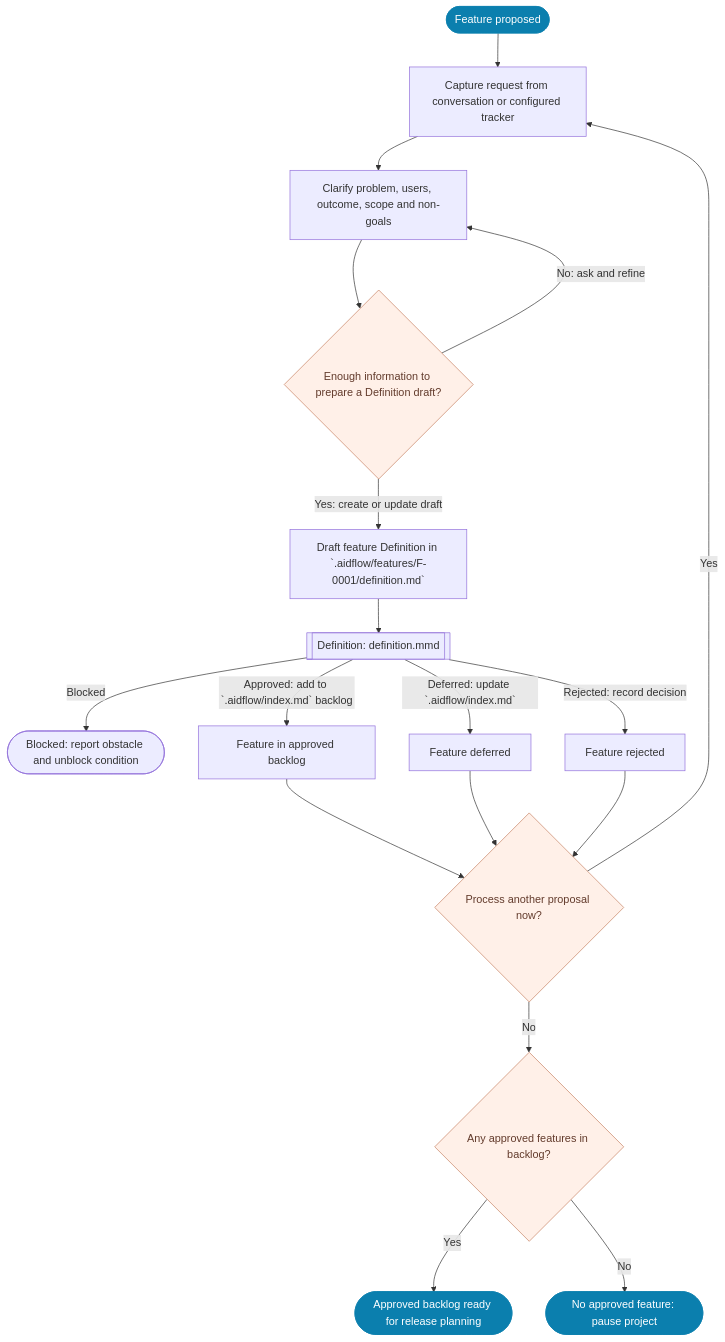
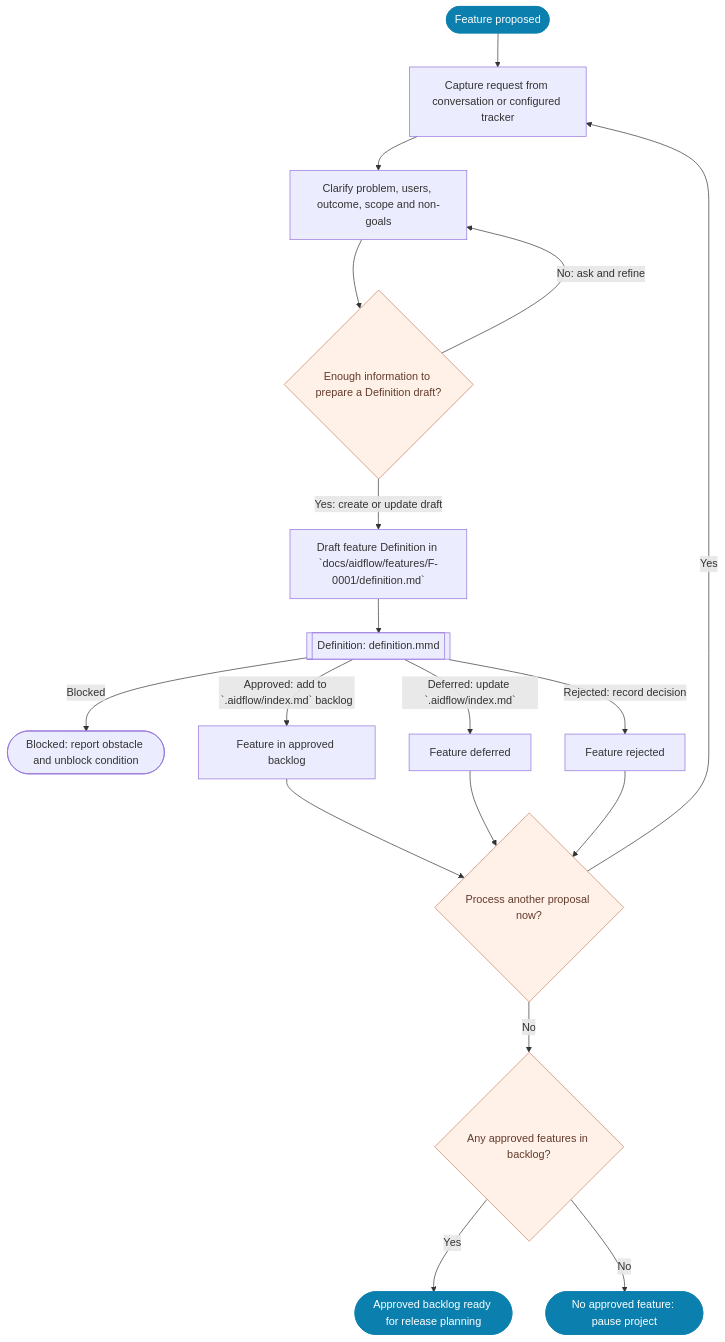
The diagram in flows/feature-intake.mmd (vanlangenlabs/aidflow), drawn with Mermaid before and after one commit. The commit also changed 14 other files, not shown here.

```diff
--- a/flows/feature-intake.mmd
+++ b/flows/feature-intake.mmd
@@ -1,43 +1,43 @@
 flowchart TD
     start([Feature proposed]) --> capture[Capture request from conversation or configured tracker]
 %% @aidflow-context capture
 %% Accept a feature proposal from the conversation or the configured GitHub/GitLab
 %% tracker. The tracker is optional. Do not start implementation or select a
 %% release during intake.
 
 %% Feature transitions owned by this phase:
 %% - `proposed` -> `clarifying`: AI captures and refines the proposal.
 %% - `backlog` -> `deferred`: Human defers; existing Definition approval remains valid.
 %% - `deferred` -> `backlog`: Human reopens and existing Definition approval is still valid.
 %% - `deferred` / `rejected` -> `proposed`: Human reopens with no valid Definition approval; preserve decisions and use `record_status: draft`.
 
 %% New features start proposed. Active states: proposed, clarifying, backlog,
 %% selected, implementing, verifying, verified. Deferred/rejected need explicit
 %% reopening. Released is terminal; later changes use a new feature ID.
 %% @end-aidflow-context
     capture --> clarify[Clarify problem, users, outcome, scope and non-goals]
 %% @aidflow-context clarify
 %% Ask only for information needed to write a useful Definition: affected users,
 %% problem, expected outcome/value, scope and non-goals. Do not infer missing
-%% requirements. Keep this proposal under one stable feature ID in `.aidflow/`.
+%% requirements. Keep this proposal under one stable feature ID.
 %% @end-aidflow-context
     clarify --> ready{Enough information to prepare a Definition draft?}
     ready -- No: ask and refine --> clarify
-    ready -- Yes: create or update draft --> draft[Draft feature Definition in `.aidflow/features/F-0001/definition.md`]
+    ready -- Yes: create or update draft --> draft[Draft feature Definition in `docs/aidflow/features/F-0001/definition.md`]
     draft --> definition[["Definition: definition.mmd"]]
     definition -- Blocked --> blocked([Blocked: report obstacle and unblock condition])
     definition -- Approved: add to `.aidflow/index.md` backlog --> backlog[Feature in approved backlog]
     definition -- Deferred: update `.aidflow/index.md` --> deferred[Feature deferred]
     definition -- Rejected: record decision --> rejected[Feature rejected]
     backlog --> another{Process another proposal now?}
     deferred --> another
     rejected --> another
     another -- Yes --> capture
     another -- No --> anyApproved{Any approved features in backlog?}
     anyApproved -- Yes --> intakeReady([Approved backlog ready for release planning])
     anyApproved -- No --> noApproved([No approved feature: pause project])
 
     classDef boundary fill:#0b7fae,color:#ffffff,stroke:#0b7fae
     class start,intakeReady,noApproved boundary
     classDef approval fill:#fff0e8,color:#633b2c,stroke:#c68162
     class ready,another,anyApproved approval
```
